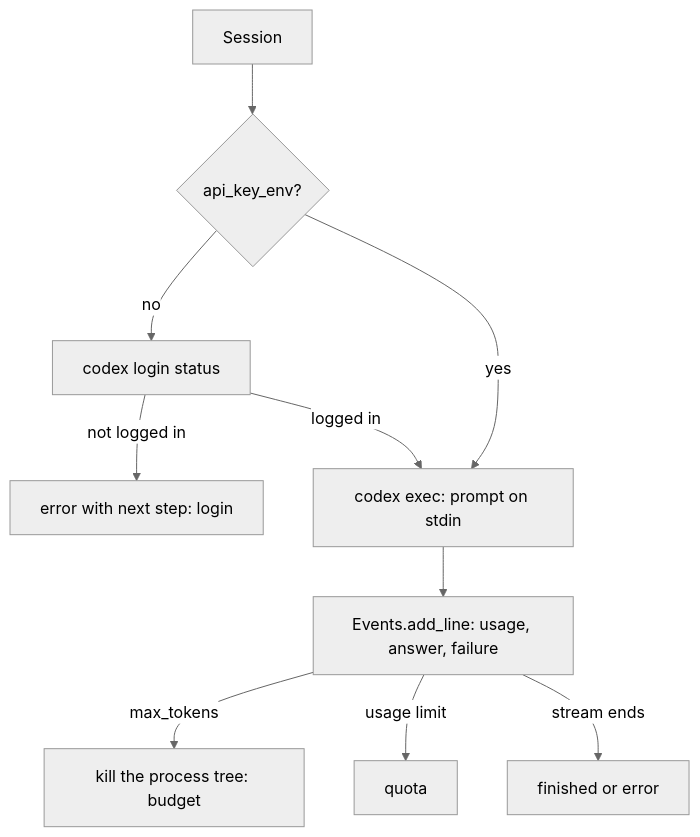
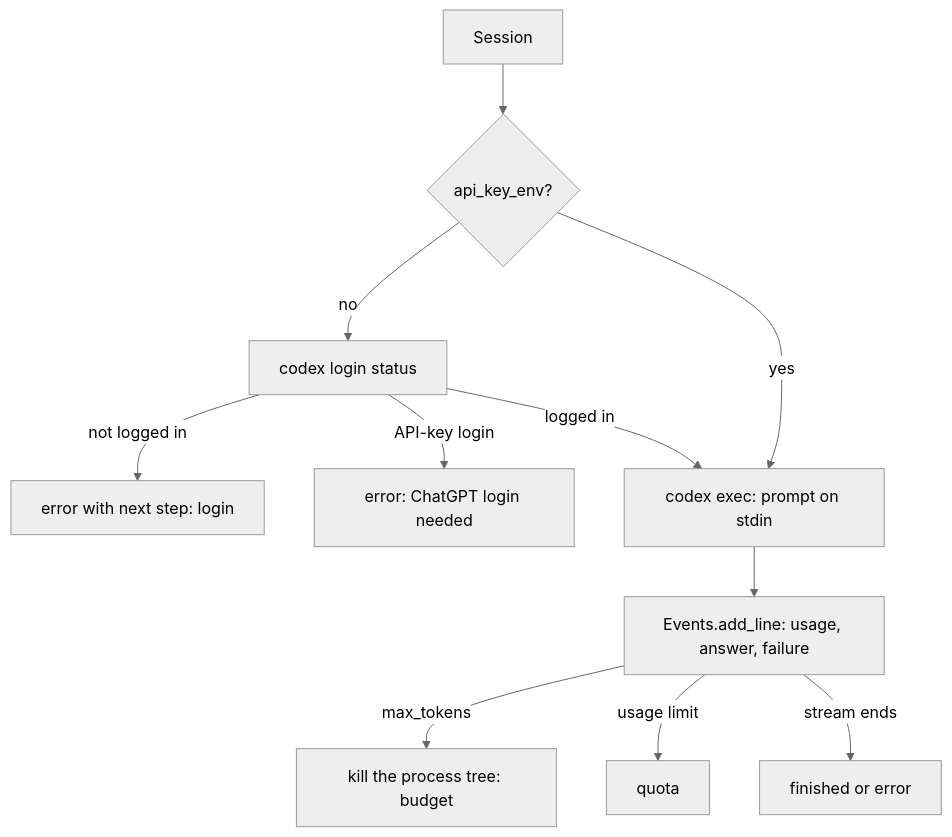
One commit to plaplanche/ariane changed the first of 3 diagrams in docs/architecture/modules/codex.md. Above: the diagram before and after it, drawn with Mermaid (neutral theme). The commit also changed other lines of this file and 4 other files, not shown here.

Commit message:
#178: Codex reviewer: without api_key_env, run only on a ChatGPT login (C5, C10)

````diff
--- a/docs/architecture/modules/codex.md
+++ b/docs/architecture/modules/codex.md
@@ -28,12 +31,13 @@
 ```mermaid
 flowchart TD
   A[Session] --> B{api_key_env?}
   B -->|no| C[codex login status]
   C -->|not logged in| D[error with next step: login]
+  C -->|API-key login| X[error: ChatGPT login needed]
   C -->|logged in| E
   B -->|yes| E[codex exec: prompt on stdin]
   E --> F[Events.add_line: usage, answer, failure]
   F -->|max_tokens| G[kill the process tree: budget]
   F -->|usage limit| H[quota]
   F -->|stream ends| I[finished or error]
 ```
````
